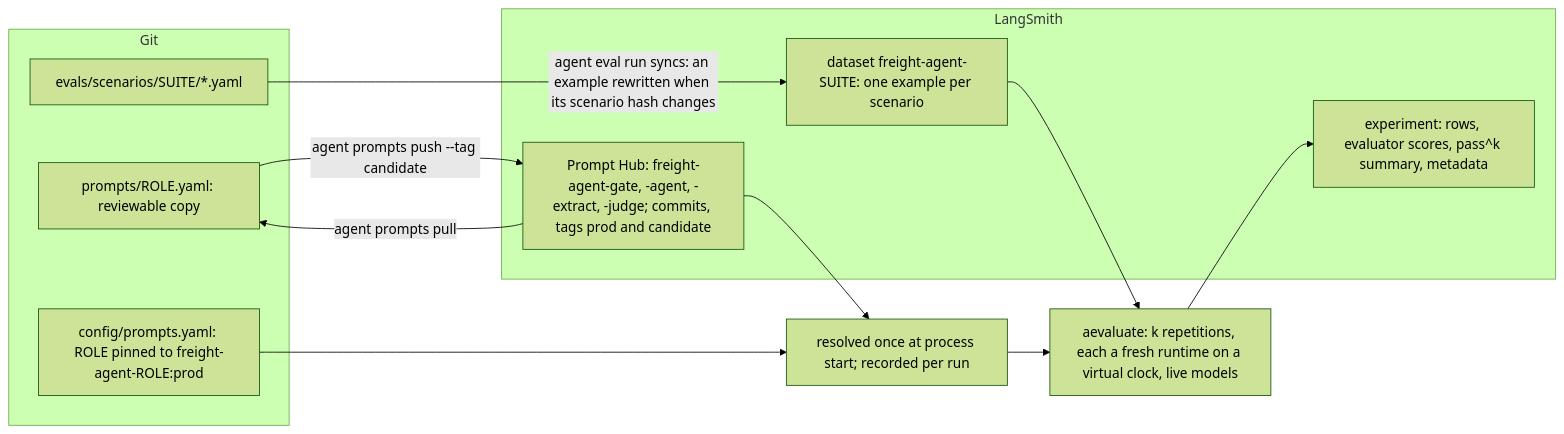
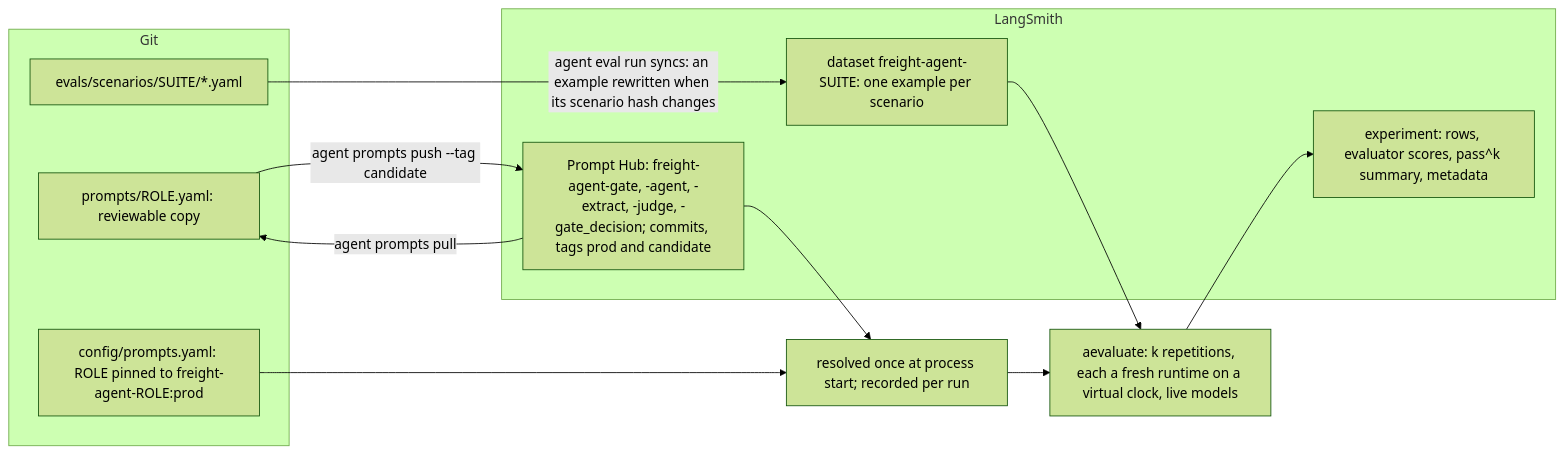
Before and after one commit to pedrocwb/freight-hero-assessment: the ninth of 10 diagrams in docs/architecture.md, drawn with Mermaid (forest theme). The commit also changed other lines of this file and 3 other files, not shown here.

First line of the commit message:
Report the gate engine comparison and describe the decision-model gate

````diff
--- a/docs/architecture.md
+++ b/docs/architecture.md
@@ -312,23 +312,23 @@
 ```mermaid
 flowchart LR
   subgraph git["Git"]
     scenarios["evals/scenarios/SUITE/*.yaml"]
     copy["prompts/ROLE.yaml: reviewable copy"]
     pins["config/prompts.yaml: ROLE pinned to freight-agent-ROLE:prod"]
   end
 
   subgraph ls["LangSmith"]
     dataset["dataset freight-agent-SUITE: one example per scenario"]
-    hub["Prompt Hub: freight-agent-gate, -agent, -extract, -judge; commits, tags prod and candidate"]
+    hub["Prompt Hub: freight-agent-gate, -agent, -extract, -judge, -gate_decision; commits, tags prod and candidate"]
     experiment["experiment: rows, evaluator scores, pass^k summary, metadata"]
   end
 
   scenarios -- "agent eval run syncs: an example rewritten when its scenario hash changes" --> dataset
   copy -- "agent prompts push --tag candidate" --> hub
   hub -- "agent prompts pull" --> copy
   pins --> resolve["resolved once at process start; recorded per run"]
   hub --> resolve
   dataset --> run["aevaluate: k repetitions, each a fresh runtime on a virtual clock, live models"]
   resolve --> run
   run --> experiment
 ```
````
